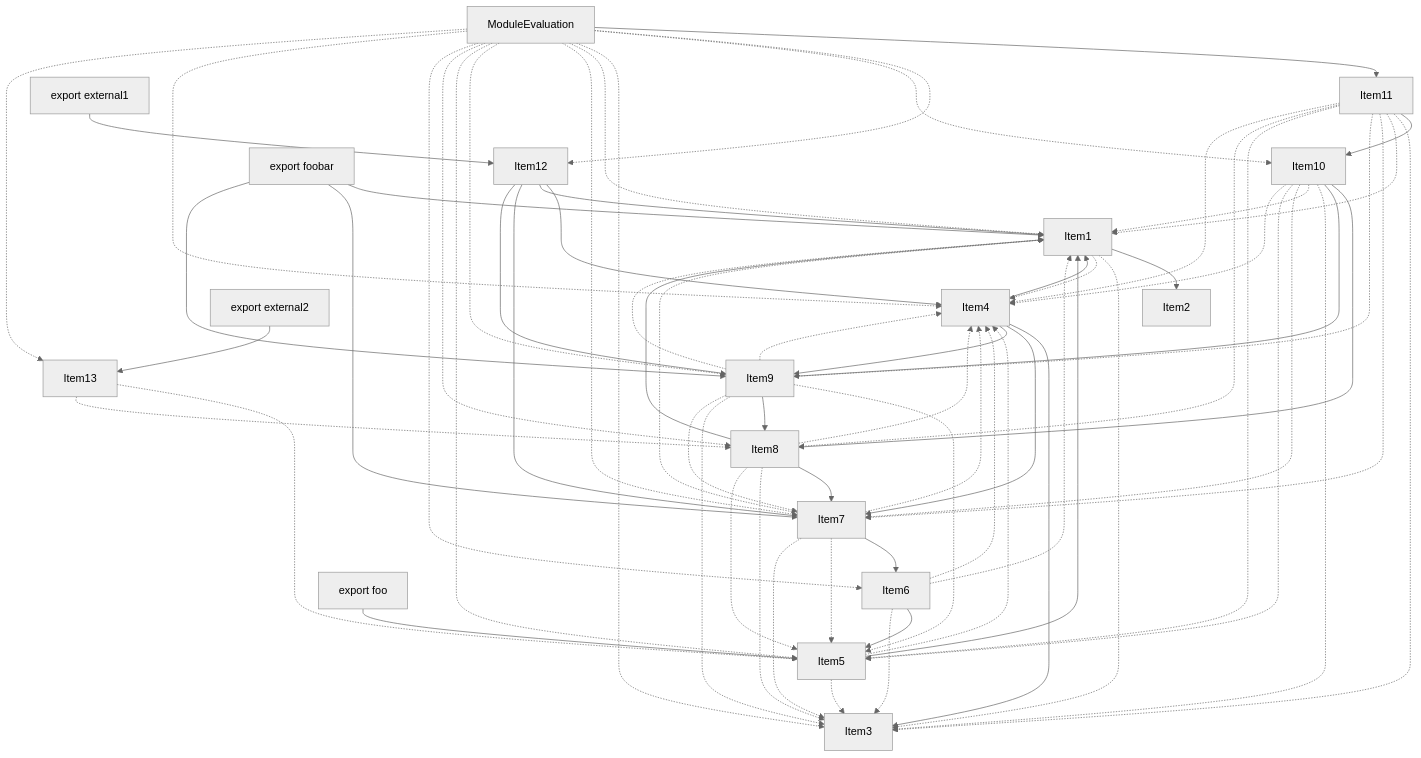
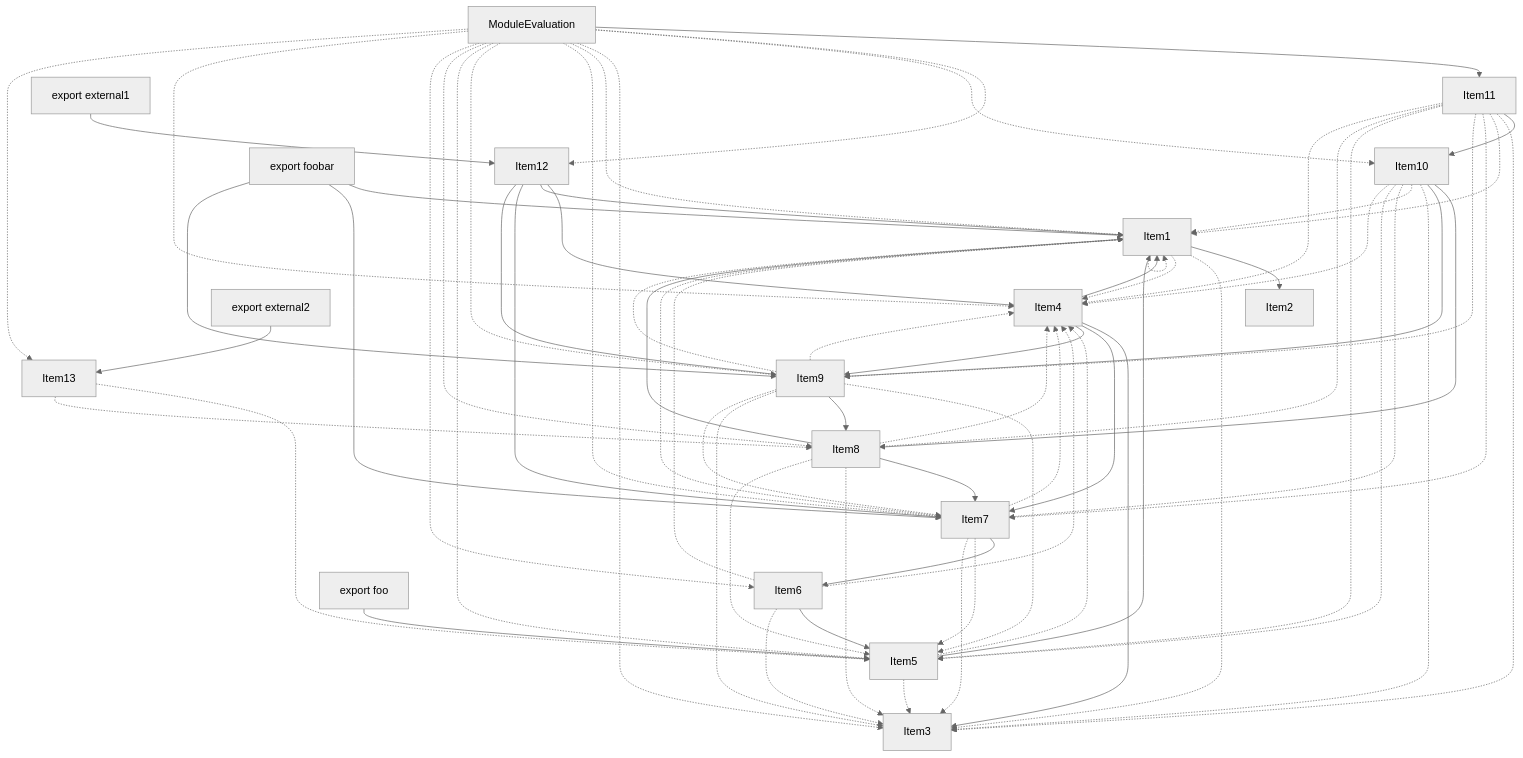
The fourth of 4 diagrams in crates/turbopack-ecmascript/tests/tree-shaker/analyzer/1/output.md (vercel/turborepo), drawn with Mermaid (neutral theme) before and after one commit. The commit also changed other lines of this file and 2 other files, not shown here.

```diff
--- a/crates/turbopack-ecmascript/tests/tree-shaker/analyzer/1/output.md
+++ b/crates/turbopack-ecmascript/tests/tree-shaker/analyzer/1/output.md
@@ -343,6 +345,7 @@
     Item18["export external2"];
     Item1 --> Item2;
     Item1 -.-> Item3;
+    Item1 -.-> Item1;
     Item1 -.-> Item4;
     Item5 --> Item1;
     Item5 -.-> Item3;
```
